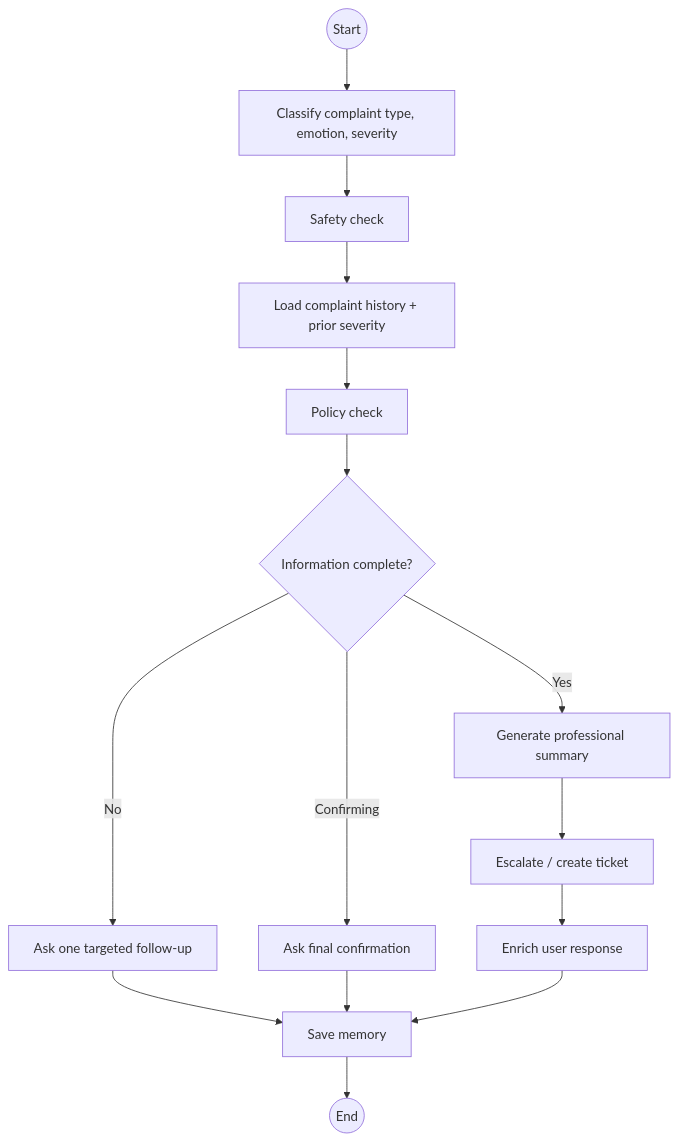
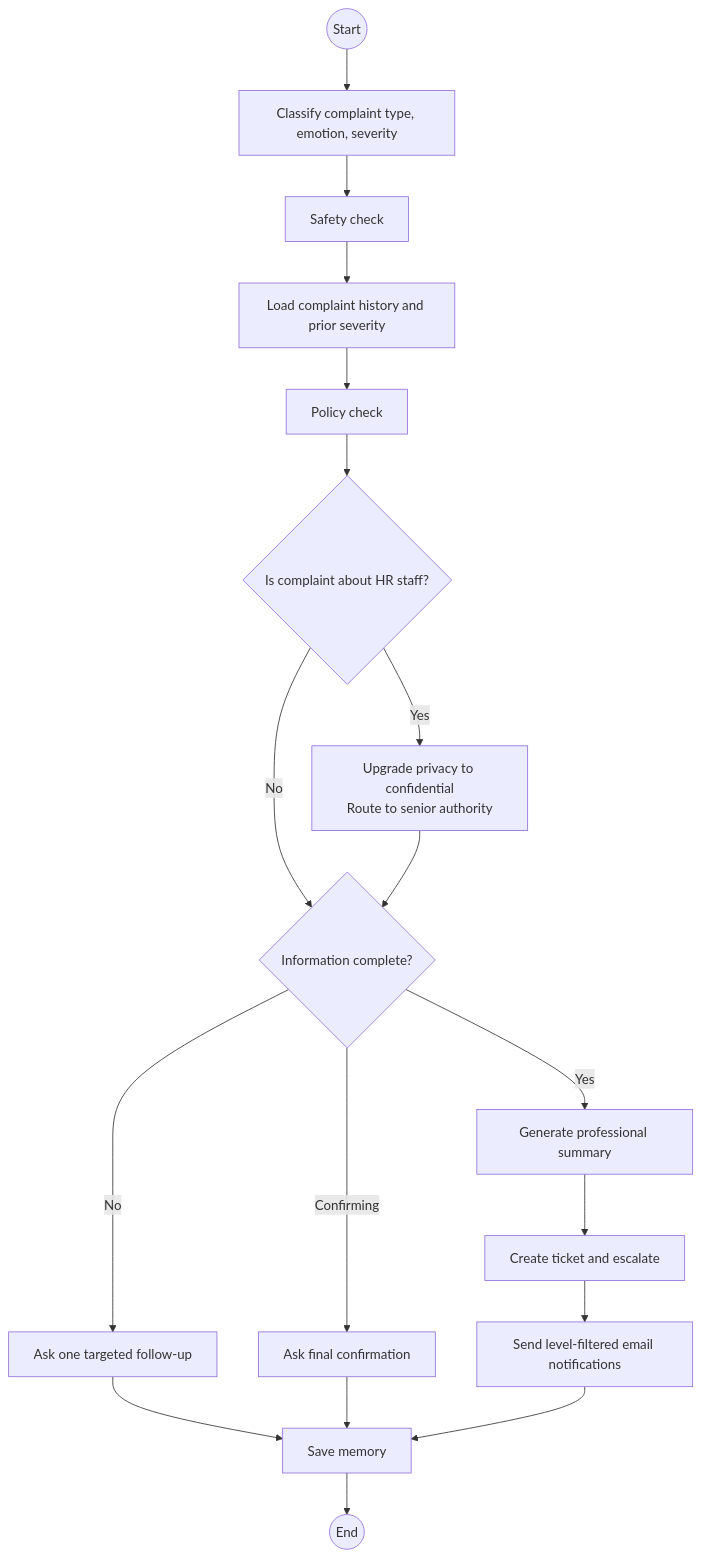
One commit to Atharva-System/PulseHR changed the third of 4 diagrams in README.md. Above: the diagram before and after it, drawn with Mermaid. The commit also changed other lines of this file, not shown here.

Commit message:
refactor: enhance README for clarity and detail on PulseHR AI features and architecture

````diff
--- a/README.md
+++ b/README.md
@@ -167,19 +212,23 @@
 ```mermaid
 flowchart TD
     START((Start)) --> CL[Classify complaint type, emotion, severity]
     CL --> SC[Safety check]
-    SC --> LH[Load complaint history + prior severity]
+    SC --> LH[Load complaint history and prior severity]
     LH --> PC[Policy check]
-    PC --> CC{Information complete?}
+    PC --> HR{Is complaint about HR staff?}
 
+    HR -->|Yes| UP[Upgrade privacy to confidential\nRoute to senior authority]
+    HR -->|No| CC
+
+    UP --> CC{Information complete?}
     CC -->|No| FU[Ask one targeted follow-up]
     CC -->|Confirming| CF[Ask final confirmation]
     CC -->|Yes| GS[Generate professional summary]
 
     FU --> SM[Save memory]
     CF --> SM
-    GS --> ES[Escalate / create ticket]
-    ES --> ER[Enrich user response]
-    ER --> SM
+    GS --> ES[Create ticket and escalate]
+    ES --> NT[Send level-filtered email notifications]
+    NT --> SM
     SM --> END((End))
 ```
````
